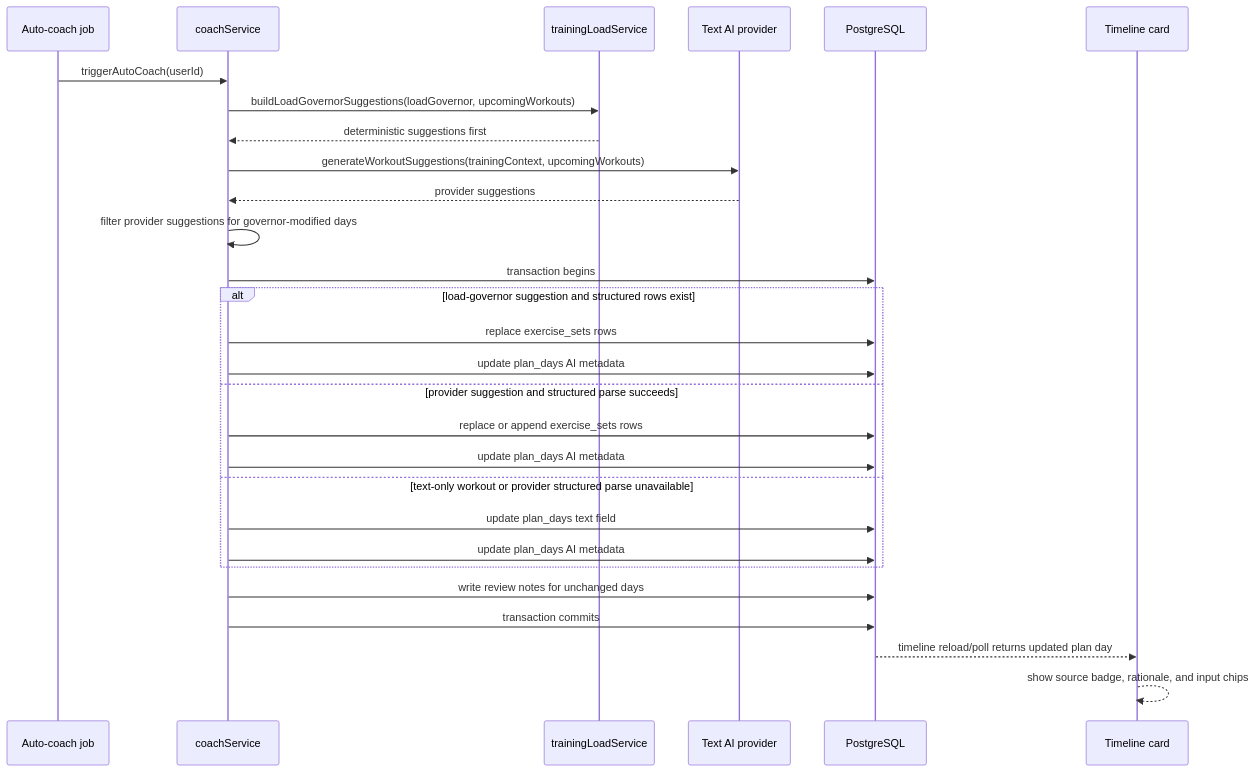
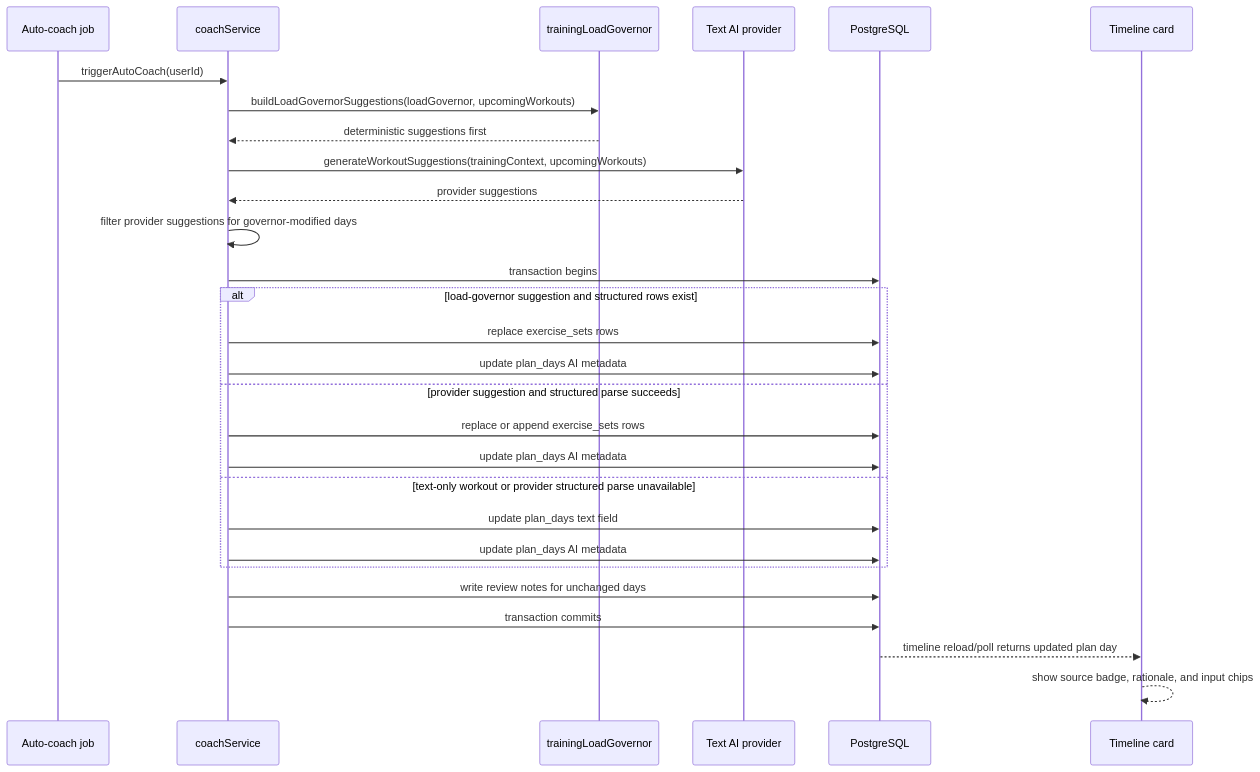
The fourth of 4 diagrams in docs/ai-coach-auto-regulation-flow.md (daler91/Hyrox-Companion), drawn with Mermaid before and after one commit. The commit also changed other lines of this file and 5 other files, not shown here.

````diff
--- a/docs/ai-coach-auto-regulation-flow.md
+++ b/docs/ai-coach-auto-regulation-flow.md
@@ -187,31 +187,31 @@
 ```mermaid
 sequenceDiagram
     participant Job as Auto-coach job
     participant Coach as coachService
-    participant LG as trainingLoadService
+    participant LG as trainingLoadGovernor
     participant Provider as Text AI provider
     participant DB as PostgreSQL
     participant UI as Timeline card
 
     Job->>Coach: triggerAutoCoach(userId)
     Coach->>LG: buildLoadGovernorSuggestions(loadGovernor, upcomingWorkouts)
     LG-->>Coach: deterministic suggestions first
     Coach->>Provider: generateWorkoutSuggestions(trainingContext, upcomingWorkouts)
     Provider-->>Coach: provider suggestions
     Coach->>Coach: filter provider suggestions for governor-modified days
     Coach->>DB: transaction begins
     alt load-governor suggestion and structured rows exist
         Coach->>DB: replace exercise_sets rows
         Coach->>DB: update plan_days AI metadata
     else provider suggestion and structured parse succeeds
         Coach->>DB: replace or append exercise_sets rows
         Coach->>DB: update plan_days AI metadata
     else text-only workout or provider structured parse unavailable
         Coach->>DB: update plan_days text field
         Coach->>DB: update plan_days AI metadata
     end
     Coach->>DB: write review notes for unchanged days
     Coach->>DB: transaction commits
     DB-->>UI: timeline reload/poll returns updated plan day
     UI-->>UI: show source badge, rationale, and input chips
 ```
````
